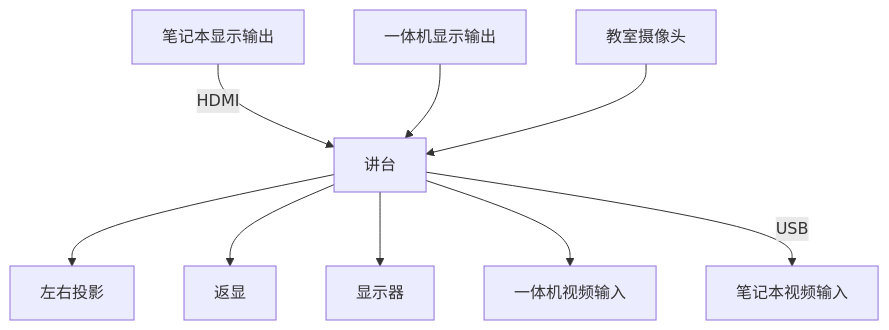
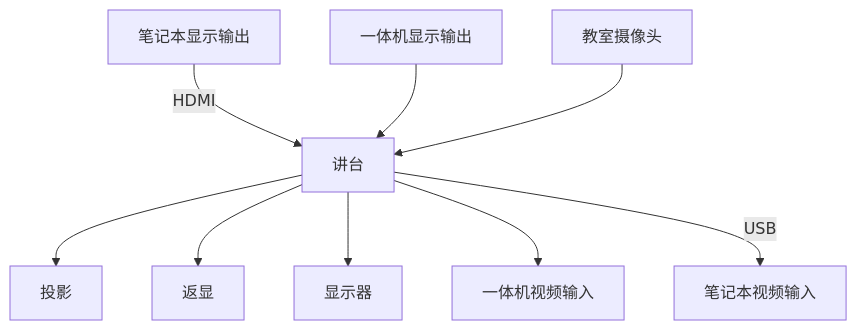
The first of 4 diagrams in docs/blog/posts/misc/classroom-routing.md (jiegec/blog-source), drawn with Mermaid before and after one commit. The commit also changed other lines of this file, not shown here.

````diff
--- a/docs/blog/posts/misc/classroom-routing.md
+++ b/docs/blog/posts/misc/classroom-routing.md
@@ -35,12 +35,12 @@
 ```mermaid
 flowchart TD
     笔记本显示输出 -->|HDMI| 讲台
     一体机显示输出 --> 讲台
     教室摄像头 --> 讲台
 
-    讲台 --> 左右投影
+    讲台 --> 投影
     讲台 --> 返显
     讲台 --> 显示器
     讲台 --> 一体机视频输入
     讲台 -->|USB| 笔记本视频输入
 ```
````
